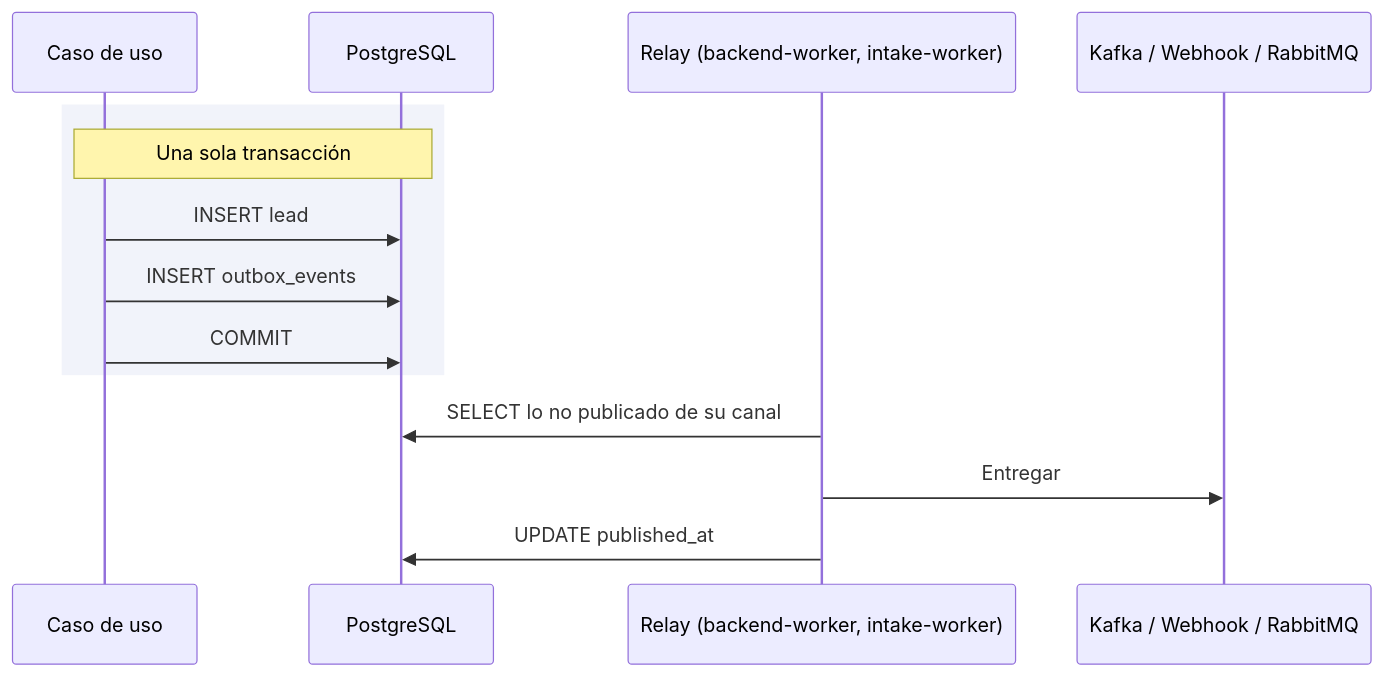
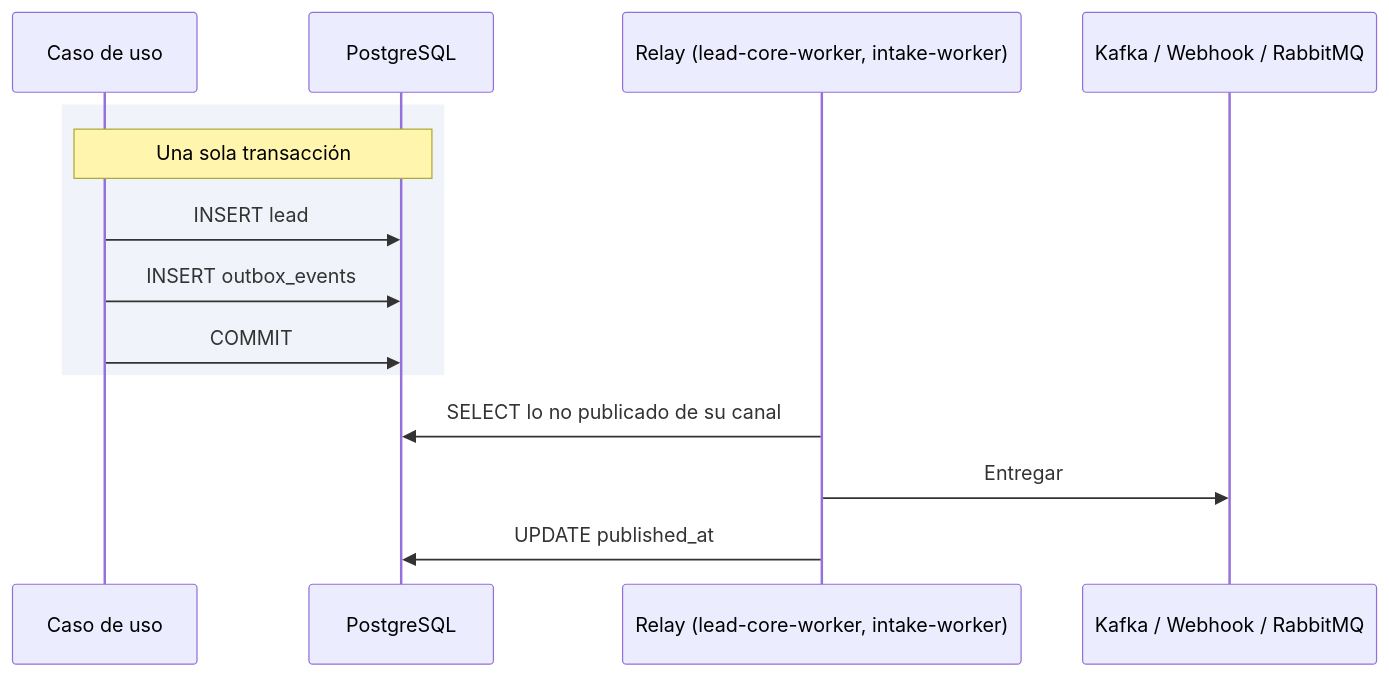
The second of 2 diagrams in docs/content/eventos/outbox.md (MDCIrony/leads-hexa), drawn with Mermaid before and after one commit. The commit also changed other lines of this file and 23 other files, not shown here.

Commit message:
docs: describe lead-core as a service across the site

````diff
--- a/docs/content/eventos/outbox.md
+++ b/docs/content/eventos/outbox.md
@@ -35,18 +35,18 @@
 ```mermaid
 sequenceDiagram
     participant UC as Caso de uso
     participant DB as PostgreSQL
-    participant R as Relay (backend-worker, intake-worker)
+    participant R as Relay (lead-core-worker, intake-worker)
     participant K as Kafka / Webhook / RabbitMQ
 
     rect rgba(63,81,181,0.07)
     note over UC,DB: Una sola transacción
     UC->>DB: INSERT lead
     UC->>DB: INSERT outbox_events
     UC->>DB: COMMIT
     end
 
     R->>DB: SELECT lo no publicado de su canal
     R->>K: Entregar
     R->>DB: UPDATE published_at
 ```
````
